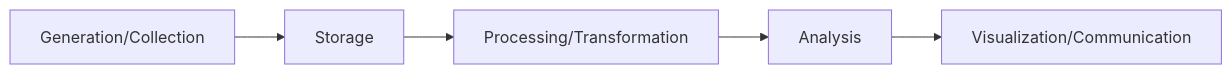
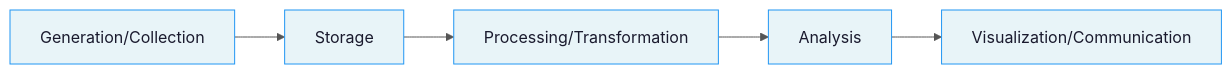
One commit to DeepLumiere/DeepSkills changed the second of 5 diagrams in notes/data_analysis/Chapter1_Introduction_to_DAV.md. Above: the diagram before and after it, drawn with Mermaid. The commit also changed other lines of this file and 40 other files, not shown here.

````diff
--- a/notes/data_analysis/Chapter1_Introduction_to_DAV.md
+++ b/notes/data_analysis/Chapter1_Introduction_to_DAV.md
@@ -110,7 +224,15 @@
 ```mermaid
+
+%%{init: {'theme': 'base', 'themeVariables': {'primaryColor': '#e8f4f8', 'primaryBorderColor': '#2196F3', 'primaryTextColor': '#1a1a2e', 'lineColor': '#555', 'edgeLabelBackground': '#ffffff', 'clusterBkg': '#f0f7ff', 'clusterBorder': '#90caf9'}} }%%
+
 flowchart LR
-    A[Generation/Collection] --> B[Storage]
-    B --> C[Processing/Transformation]
+
+    A["Generation/Collection"] --> B[Storage]
+
+    B --> C["Processing/Transformation"]
+
     C --> D[Analysis]
-    D --> E[Visualization/Communication]
+
+    D --> E["Visualization/Communication"]
+
 ```
````
